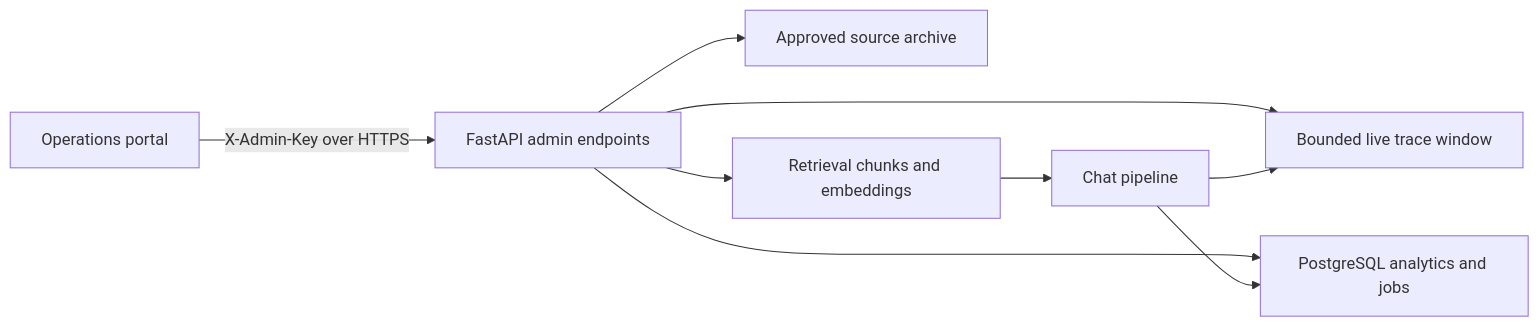
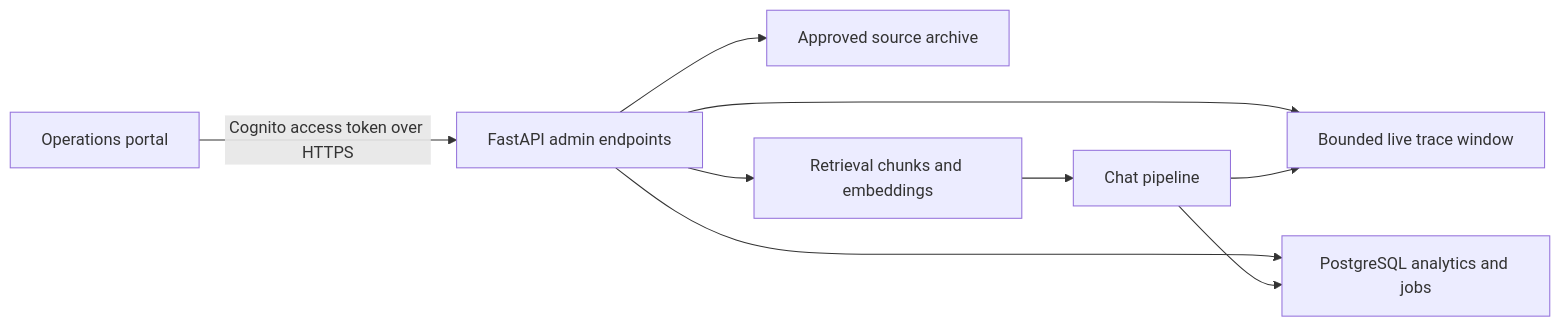
The diagram in docs/OPERATIONS_PORTAL.md (Aspire-coder/askvera), drawn with Mermaid before and after one commit. The commit also changed other lines of this file and 20 other files, not shown here.

Commit message:
Add secured AskVera operations portal

````diff
--- a/docs/OPERATIONS_PORTAL.md
+++ b/docs/OPERATIONS_PORTAL.md
@@ -9,11 +9,11 @@
 ```mermaid
 flowchart LR
-    Browser["Operations portal"] -->|"X-Admin-Key over HTTPS"| API["FastAPI admin endpoints"]
+    Browser["Operations portal"] -->|"Cognito access token over HTTPS"| API["FastAPI admin endpoints"]
     API --> Trace["Bounded live trace window"]
     API --> RDS["PostgreSQL analytics and jobs"]
     API --> S3["Approved source archive"]
     API --> OpenSearch["Retrieval chunks and embeddings"]
     Chat["Chat pipeline"] --> Trace
     Chat --> RDS
     OpenSearch --> Chat
 ```
````
